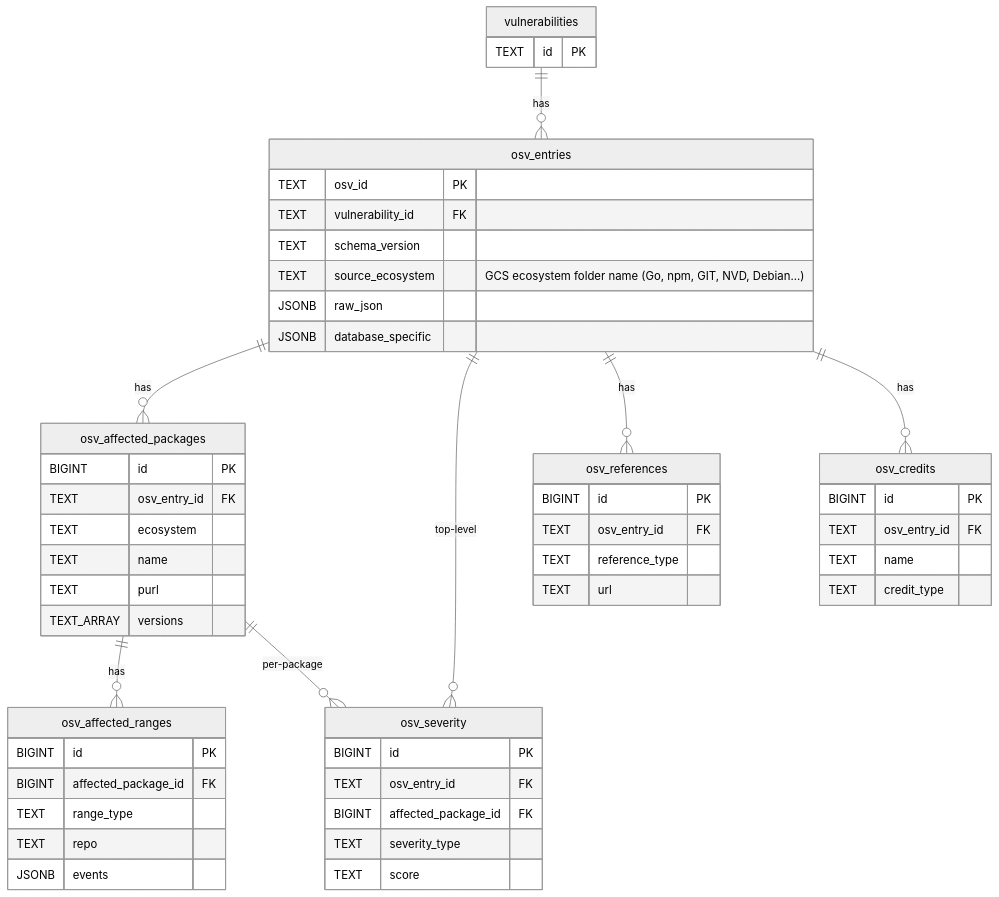
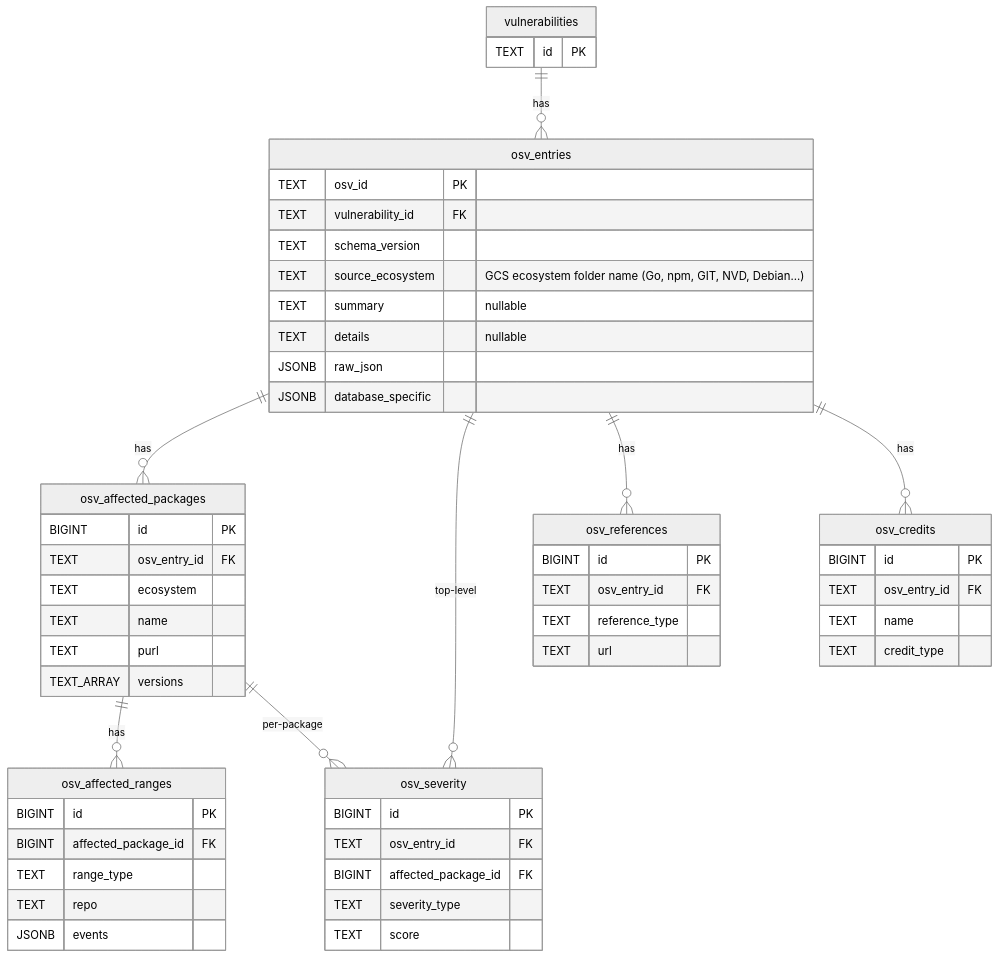
The third of 12 diagrams in .kiro/steering/erd.md (kato83/mayu), drawn with Mermaid (neutral theme) before and after one commit. The commit also changed other lines of this file, not shown here.

First line of the commit message:
docs: sync erd.md with actual database schema

````diff
--- a/.kiro/steering/erd.md
+++ b/.kiro/steering/erd.md
@@ -761,62 +908,64 @@
 ```mermaid
 erDiagram
     vulnerabilities {
         TEXT id PK
     }
 
     osv_entries {
         TEXT osv_id PK
         TEXT vulnerability_id FK
         TEXT schema_version
         TEXT source_ecosystem "GCS ecosystem folder name (Go, npm, GIT, NVD, Debian...)"
+        TEXT summary "nullable"
+        TEXT details "nullable"
         JSONB raw_json
         JSONB database_specific
     }
 
     osv_affected_packages {
         BIGINT id PK
         TEXT osv_entry_id FK
         TEXT ecosystem
         TEXT name
         TEXT purl
         TEXT_ARRAY versions
     }
 
     osv_affected_ranges {
         BIGINT id PK
         BIGINT affected_package_id FK
         TEXT range_type
         TEXT repo
         JSONB events
     }
 
     osv_severity {
         BIGINT id PK
         TEXT osv_entry_id FK
         BIGINT affected_package_id FK
         TEXT severity_type
         TEXT score
     }
 
     osv_references {
         BIGINT id PK
         TEXT osv_entry_id FK
         TEXT reference_type
         TEXT url
     }
 
     osv_credits {
         BIGINT id PK
         TEXT osv_entry_id FK
         TEXT name
         TEXT credit_type
     }
 
     vulnerabilities ||--o{ osv_entries : "has"
     osv_entries ||--o{ osv_affected_packages : "has"
     osv_entries ||--o{ osv_severity : "top-level"
     osv_entries ||--o{ osv_references : "has"
     osv_entries ||--o{ osv_credits : "has"
     osv_affected_packages ||--o{ osv_affected_ranges : "has"
     osv_affected_packages ||--o{ osv_severity : "per-package"
 ```
````
